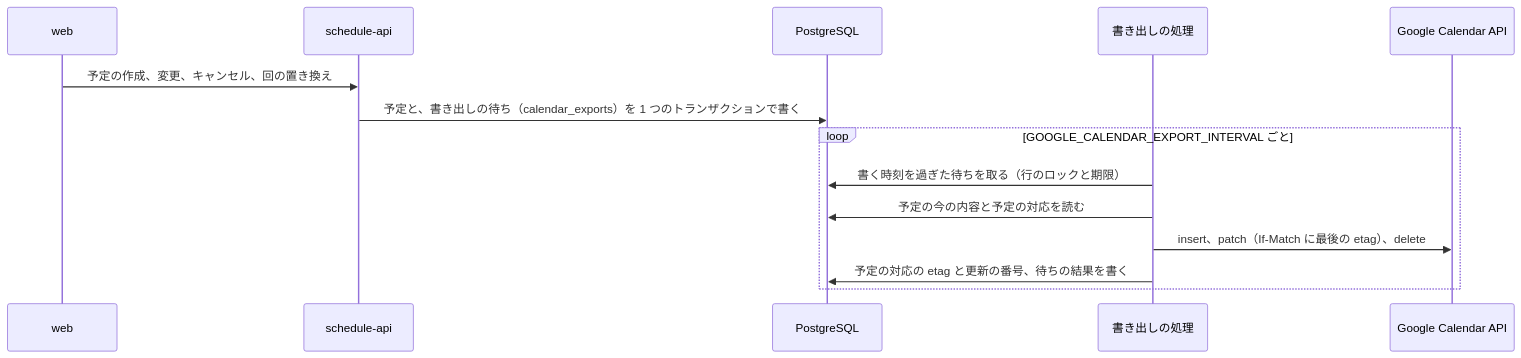
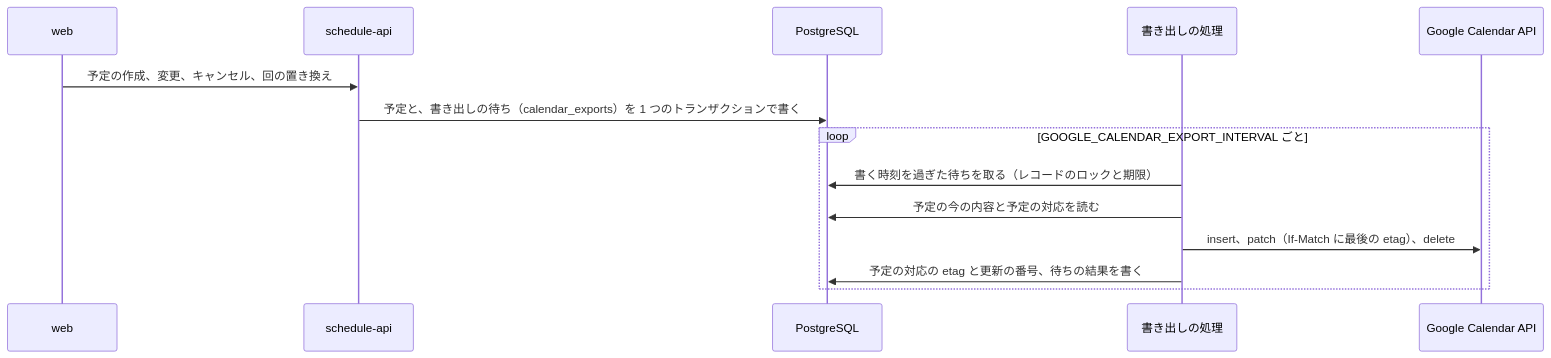
The fourth of 4 diagrams in apps/schedule-api/DesignDoc.md (Fukuemon/buddy), drawn with Mermaid before and after one commit. The commit also changed other lines of this file and 12 other files, not shown here.

````diff
--- a/apps/schedule-api/DesignDoc.md
+++ b/apps/schedule-api/DesignDoc.md
@@ -313,16 +313,16 @@
 ```mermaid
 sequenceDiagram
   participant web
   participant api as schedule-api
   participant db as PostgreSQL
   participant x as 書き出しの処理
   participant g as Google Calendar API
   web->>api: 予定の作成、変更、キャンセル、回の置き換え
   api->>db: 予定と、書き出しの待ち（calendar_exports）を 1 つのトランザクションで書く
   loop GOOGLE_CALENDAR_EXPORT_INTERVAL ごと
-    x->>db: 書く時刻を過ぎた待ちを取る（行のロックと期限）
+    x->>db: 書く時刻を過ぎた待ちを取る（レコードのロックと期限）
     x->>db: 予定の今の内容と予定の対応を読む
     x->>g: insert、patch（If-Match に最後の etag）、delete
     x->>db: 予定の対応の etag と更新の番号、待ちの結果を書く
   end
 ```
````
